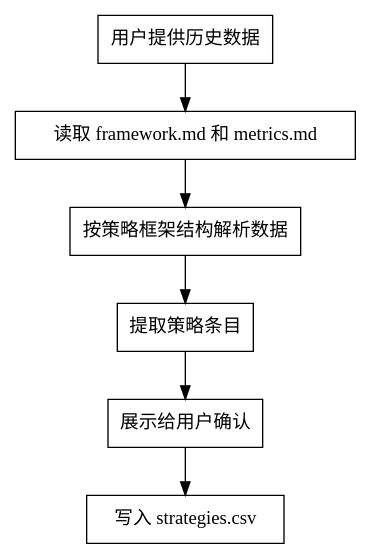
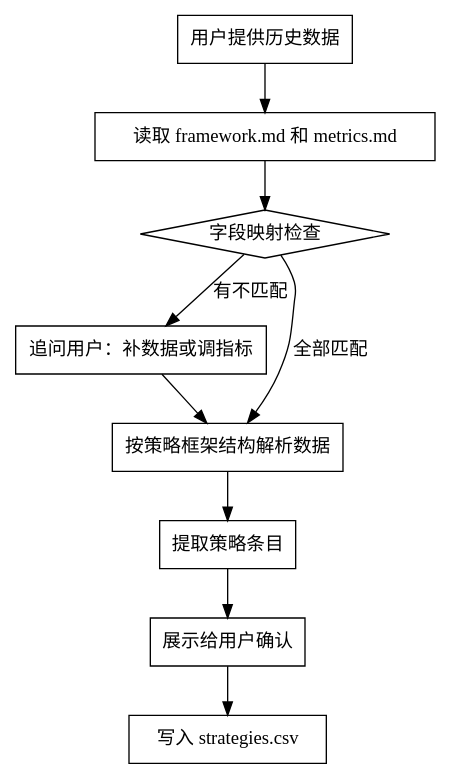
The second of 2 diagrams in skills/策略优化skill-完整版/skills-策略库/SKILL.md (lixiangwssd/BA-agent-skill), drawn with Graphviz before and after one commit. The commit also changed other lines of this file and 4 other files, not shown here.

````diff
--- a/skills/策略优化skill-完整版/skills-策略库/SKILL.md
+++ b/skills/策略优化skill-完整版/skills-策略库/SKILL.md
@@ -133,16 +187,21 @@
 ```dot
 digraph coldstart {
     "用户提供历史数据" [shape=box];
     "读取 framework.md 和 metrics.md" [shape=box];
+    "字段映射检查" [shape=diamond];
+    "追问用户：补数据或调指标" [shape=box];
     "按策略框架结构解析数据" [shape=box];
     "提取策略条目" [shape=box];
     "展示给用户确认" [shape=box];
     "写入 strategies.csv" [shape=box];
 
     "用户提供历史数据" -> "读取 framework.md 和 metrics.md";
-    "读取 framework.md 和 metrics.md" -> "按策略框架结构解析数据";
+    "读取 framework.md 和 metrics.md" -> "字段映射检查";
+    "字段映射检查" -> "追问用户：补数据或调指标" [label="有不匹配"];
+    "字段映射检查" -> "按策略框架结构解析数据" [label="全部匹配"];
+    "追问用户：补数据或调指标" -> "按策略框架结构解析数据";
     "按策略框架结构解析数据" -> "提取策略条目";
     "提取策略条目" -> "展示给用户确认";
     "展示给用户确认" -> "写入 strategies.csv";
 }
 ```
````
